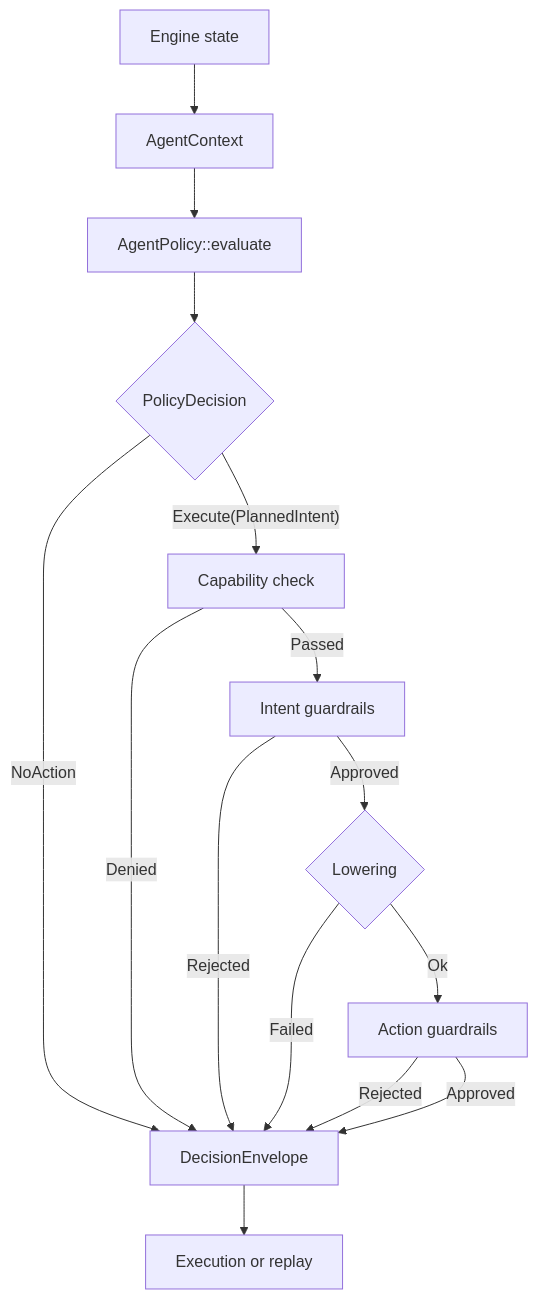
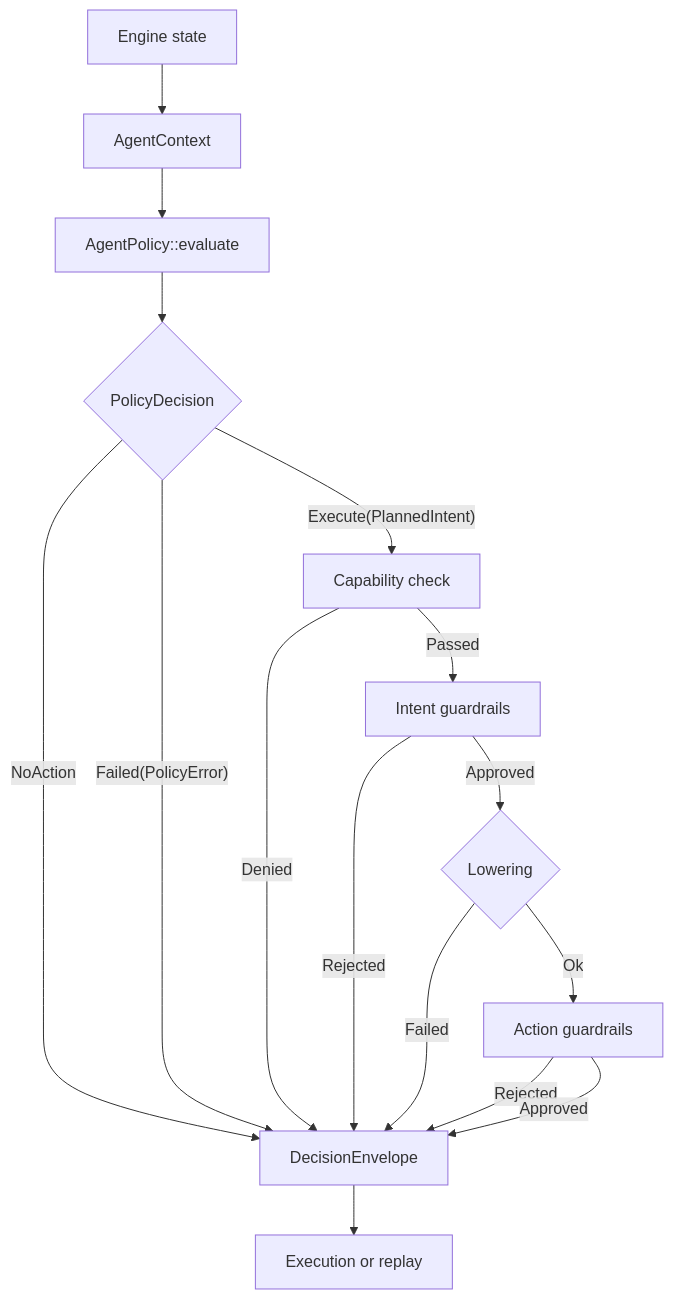
One commit to nautechsystems/nautilus_agents changed the diagram in README.md. Above: the diagram before and after it, drawn with Mermaid. The commit also changed other lines of this file and 6 other files, not shown here.

````diff
--- a/README.md
+++ b/README.md
@@ -59,17 +59,18 @@
 ```mermaid
 flowchart TD
     A[Engine state] --> B[AgentContext]
     B --> C[AgentPolicy::evaluate]
     C --> D{PolicyDecision}
     D -- NoAction --> E[DecisionEnvelope]
+    D -- Failed(PolicyError) --> E
     D -- Execute(PlannedIntent) --> F[Capability check]
     F -- Denied --> E
     F -- Passed --> G[Intent guardrails]
     G -- Rejected --> E
     G -- Approved --> H{Lowering}
     H -- Failed --> E
     H -- Ok --> I[Action guardrails]
     I -- Rejected --> E
     I -- Approved --> E
     E --> J[Execution or replay]
 ```
````
